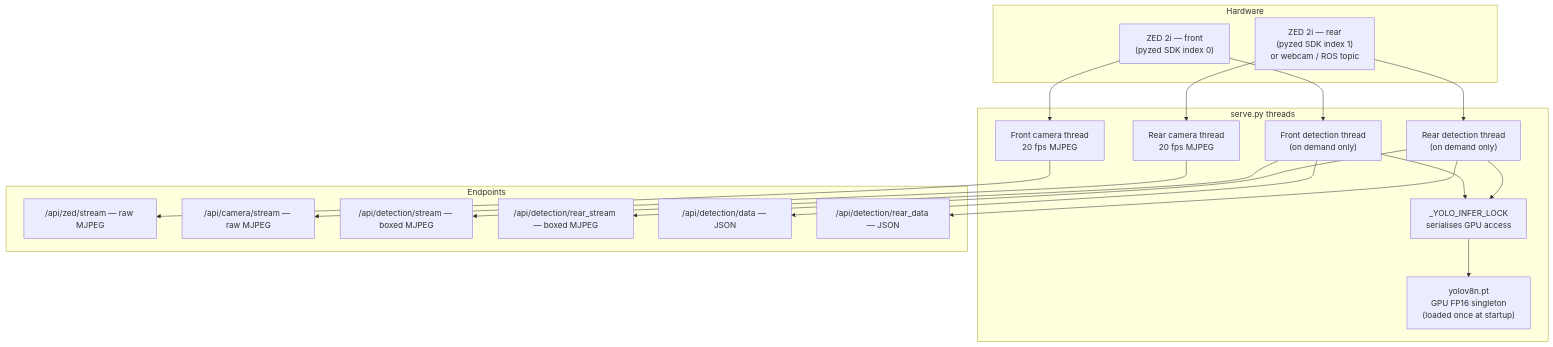
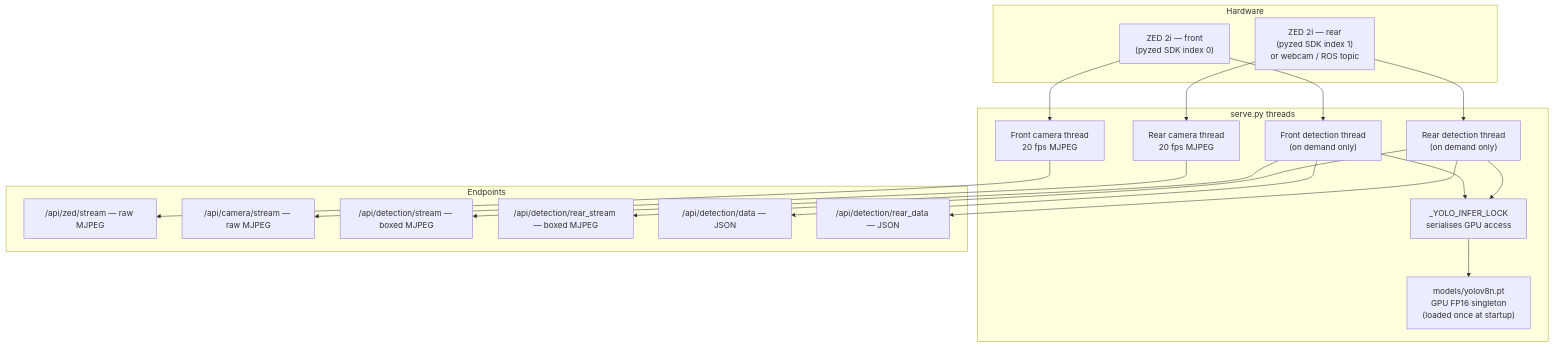
One commit to sahand2ajami/agrobot-dashboard changed the fifth of 6 diagrams in README.md. Above: the diagram before and after it, drawn with Mermaid. The commit also changed other lines of this file and 16 other files, not shown here.

````diff
--- a/README.md
+++ b/README.md
@@ -795,36 +805,36 @@
 ```mermaid
 flowchart TB
     subgraph Hardware
         ZEDL["ZED 2i — front\n(pyzed SDK index 0)"]
         ZEDR["ZED 2i — rear\n(pyzed SDK index 1)\nor webcam / ROS topic"]
     end
 
     subgraph serve.py ["serve.py threads"]
         CF["Front camera thread\n20 fps MJPEG"]
         CR["Rear camera thread\n20 fps MJPEG"]
         DF["Front detection thread\n(on demand only)"]
         DR["Rear detection thread\n(on demand only)"]
         LOCK["_YOLO_INFER_LOCK\nserialises GPU access"]
-        MODEL["yolov8n.pt\nGPU FP16 singleton\n(loaded once at startup)"]
+        MODEL["models/yolov8n.pt\nGPU FP16 singleton\n(loaded once at startup)"]
     end
 
     subgraph Endpoints
         S1["/api/zed/stream — raw MJPEG"]
         S2["/api/camera/stream — raw MJPEG"]
         S3["/api/detection/stream — boxed MJPEG"]
         S4["/api/detection/rear_stream — boxed MJPEG"]
         S5["/api/detection/data — JSON"]
         S6["/api/detection/rear_data — JSON"]
     end
 
     ZEDL --> CF --> S1
     ZEDR --> CR --> S2
     ZEDL --> DF
     ZEDR --> DR
     DF --> LOCK --> MODEL
     DR --> LOCK
     DF --> S3
     DF --> S5
     DR --> S4
     DR --> S6
 ```
````
